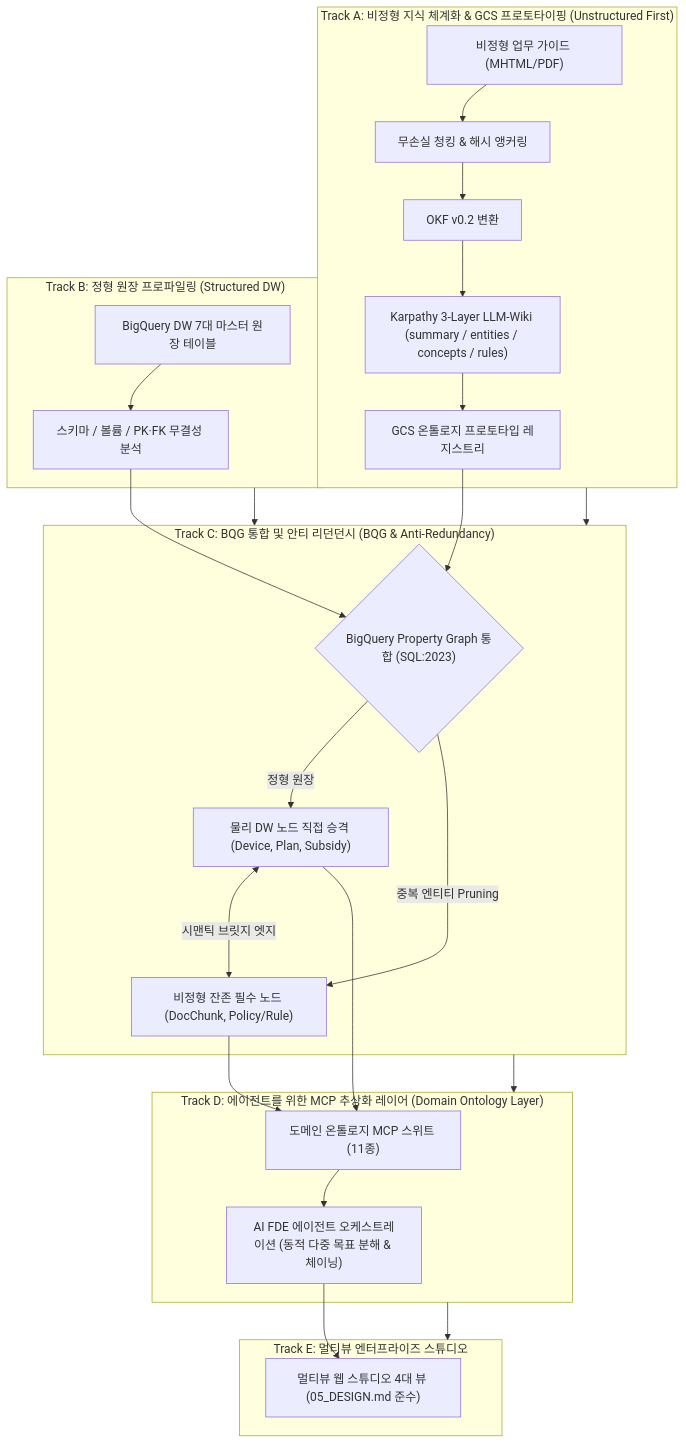
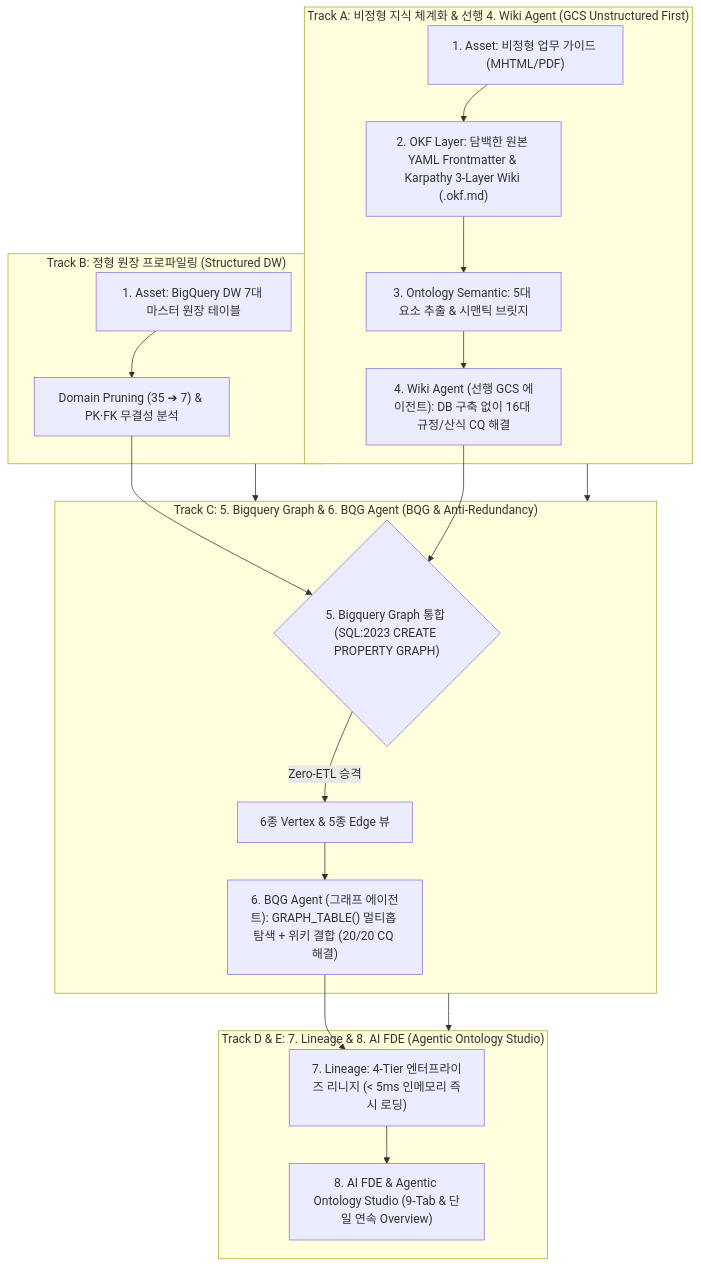
Before and after one commit to seanjungG/agentic-ontology-starter: the diagram in README.md, drawn with Mermaid. The commit also changed other lines of this file and 12 other files, not shown here.

Commit message:
feat(studio): rename to Agentic Ontology Studio, separate 4. Wiki Agent & 6. BQG Agent, unify 4-section overview, sync methodology/notebooks/industry templates

````diff
--- a/README.md
+++ b/README.md
@@ -12,34 +12,27 @@
 ```mermaid
 flowchart TD
-    subgraph TrackA ["Track A: 비정형 지식 체계화 & GCS 프로토타이핑 (Unstructured First)"]
-        RawDoc["비정형 업무 가이드 (MHTML/PDF)"] --> Parser["무손실 청킹 & 해시 앵커링"]
-        Parser --> OKF["OKF v0.2 변환"]
-        OKF --> LLMWiki["Karpathy 3-Layer LLM-Wiki (summary / entities / concepts / rules)"]
-        LLMWiki --> GCSProto["GCS 온톨로지 프로토타입 레지스트리"]
+    subgraph TrackA ["Track A: 비정형 지식 체계화 & 선행 4. Wiki Agent (GCS Unstructured First)"]
+        RawDoc["1. Asset: 비정형 업무 가이드 (MHTML/PDF)"] --> OKF["2. OKF Layer: 담백한 원본 YAML Frontmatter & Karpathy 3-Layer Wiki (.okf.md)"]
+        OKF --> Sem["3. Ontology Semantic: 5대 요소 추출 & 시맨틱 브릿지"]
+        Sem --> WikiAg["4. Wiki Agent (선행 GCS 에이전트): DB 구축 없이 16대 규정/산식 CQ 해결"]
     end
 
     subgraph TrackB ["Track B: 정형 원장 프로파일링 (Structured DW)"]
-        DWTable["BigQuery DW 7대 마스터 원장 테이블"] --> SchemaProfile["스키마 / 볼륨 / PK·FK 무결성 분석"]
+        DWTable["1. Asset: BigQuery DW 7대 마스터 원장 테이블"] --> SchemaProfile["Domain Pruning (35 ➔ 7) & PK·FK 무결성 분석"]
     end
 
-    subgraph TrackC ["Track C: BQG 통합 및 안티 리던던시 (BQG & Anti-Redundancy)"]
-        GCSProto & SchemaProfile --> BQGIntegration{"BigQuery Property Graph 통합 (SQL:2023)"}
-        BQGIntegration -->|정형 원장| DWNode["물리 DW 노드 직접 승격 (Device, Plan, Subsidy)"]
-        BQGIntegration -->|중복 엔티티 Pruning| PrunedDoc["비정형 잔존 필수 노드 (DocChunk, Policy/Rule)"]
-        DWNode <--->|시맨틱 브릿지 엣지| PrunedDoc
+    subgraph TrackC ["Track C: 5. Bigquery Graph & 6. BQG Agent (BQG & Anti-Redundancy)"]
+        WikiAg & SchemaProfile --> BQGIntegration{"5. Bigquery Graph 통합 (SQL:2023 CREATE PROPERTY GRAPH)"}
+        BQGIntegration -->|Zero-ETL 승격| DWNode["6종 Vertex & 5종 Edge 뷰"]
+        DWNode --> BQGAg["6. BQG Agent (그래프 에이전트): GRAPH_TABLE() 멀티홉 탐색 + 위키 결합 (20/20 CQ 해결)"]
     end
 
-    subgraph TrackD ["Track D: 에이전트를 위한 MCP 추상화 레이어 (Domain Ontology Layer)"]
-        DWNode & PrunedDoc --> MCPSuite["도메인 온톨로지 MCP 스위트 (11종)"]
-        MCPSuite --> Agent["AI FDE 에이전트 오케스트레이션 (동적 다중 목표 분해 & 체이닝)"]
-    end
-
-    subgraph TrackE ["Track E: 멀티뷰 엔터프라이즈 스튜디오"]
-        Agent --> Studio["멀티뷰 웹 스튜디오 4대 뷰 (05_DESIGN.md 준수)"]
+    subgraph TrackD ["Track D & E: 7. Lineage & 8. AI FDE (Agentic Ontology Studio)"]
+        BQGAg --> Lineage["7. Lineage: 4-Tier 엔터프라이즈 리니지 (< 5ms 인메모리 즉시 로딩)"]
+        Lineage --> Studio["8. AI FDE & Agentic Ontology Studio (9-Tab & 단일 연속 Overview)"]
     end
 
     TrackA --> TrackC
     TrackB --> TrackC
     TrackC --> TrackD
-    TrackD --> TrackE
 ```
````
